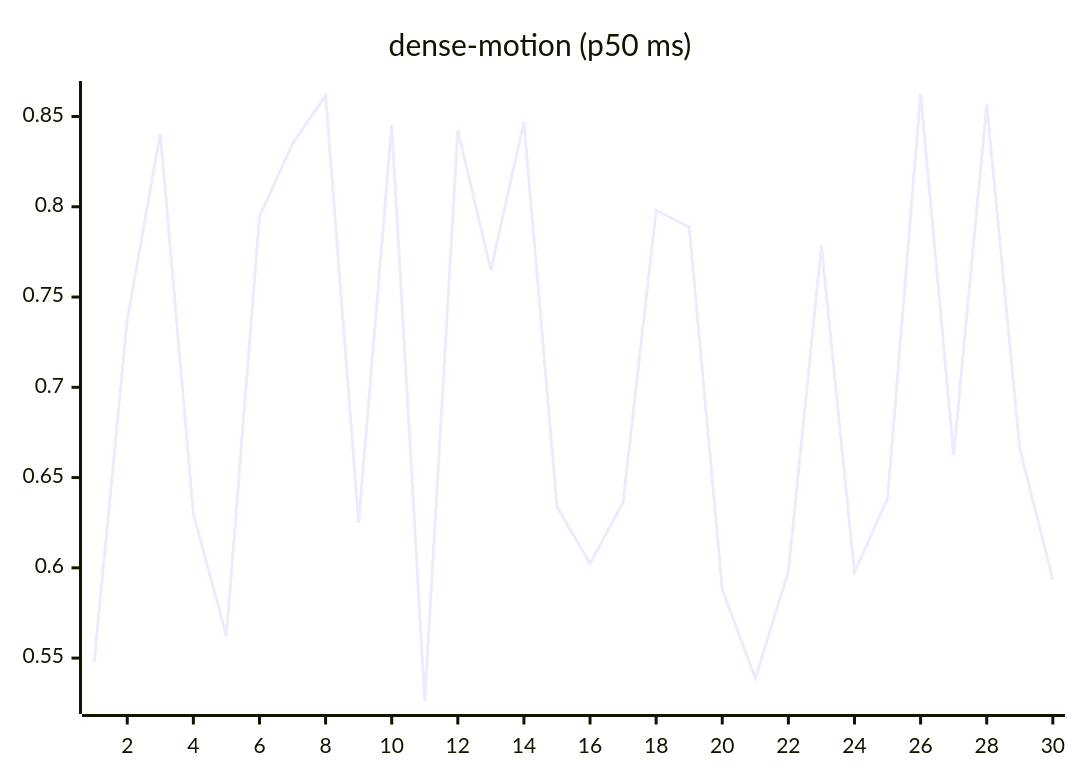
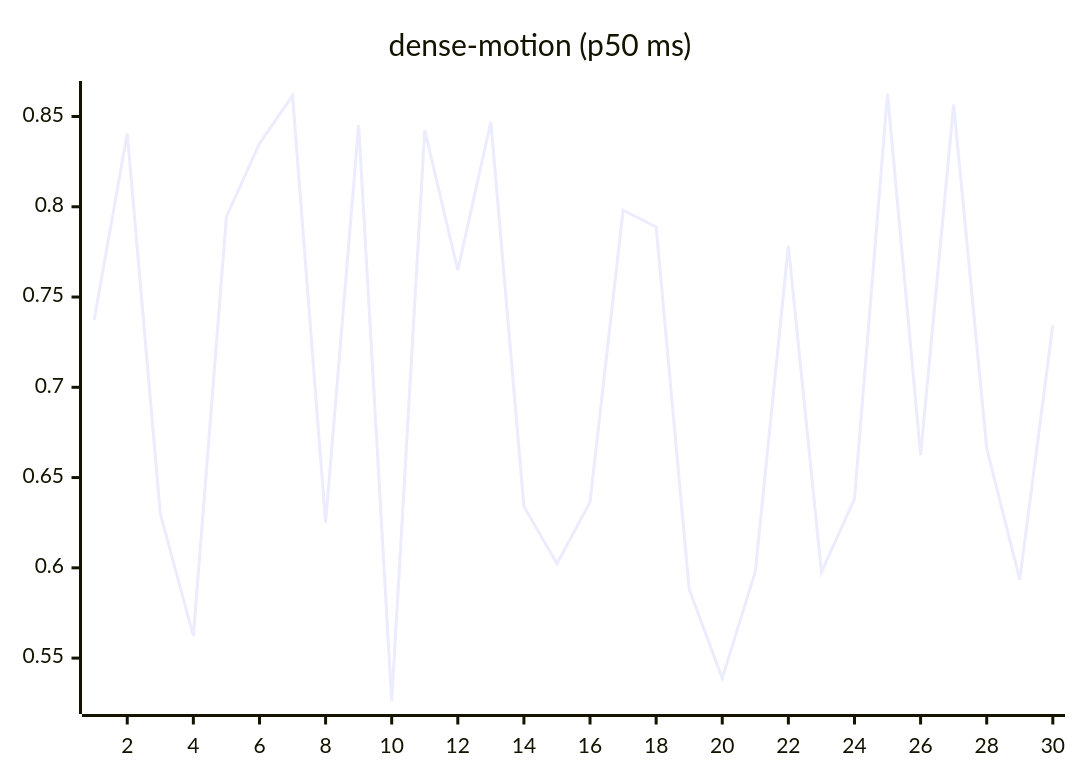
One commit to josha/Facet changed the ninth of 27 diagrams in README.md. Above: the diagram before and after it, drawn with Mermaid. The commit also changed other lines of this file and 2 other files, not shown here.

````diff
--- a/README.md
+++ b/README.md
@@ -119,6 +119,6 @@
 ```mermaid
 xychart-beta
     title "dense-motion (p50 ms)"
     x-axis 1 --> 30
-    line [0.5479, 0.7374, 0.8407, 0.6299, 0.5623, 0.7946, 0.8350, 0.8616, 0.6249, 0.8453, 0.5261, 0.8424, 0.7649, 0.8471, 0.6340, 0.6023, 0.6364, 0.7981, 0.7888, 0.5881, 0.5388, 0.5980, 0.7785, 0.5976, 0.6382, 0.8626, 0.6624, 0.8567, 0.6662, 0.5935]
+    line [0.7374, 0.8407, 0.6299, 0.5623, 0.7946, 0.8350, 0.8616, 0.6249, 0.8453, 0.5261, 0.8424, 0.7649, 0.8471, 0.6340, 0.6023, 0.6364, 0.7981, 0.7888, 0.5881, 0.5388, 0.5980, 0.7785, 0.5976, 0.6382, 0.8626, 0.6624, 0.8567, 0.6662, 0.5935, 0.7344]
 ```
````
